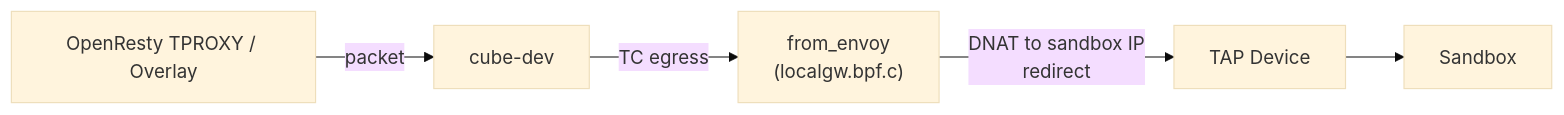
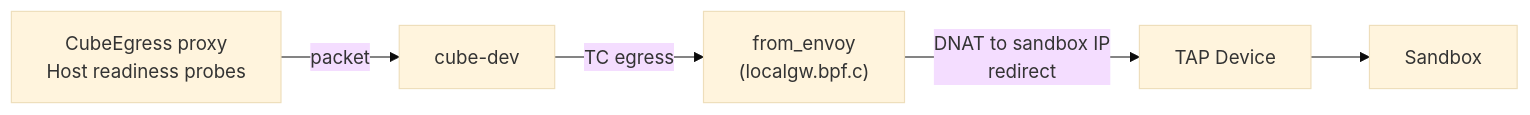
Before and after one commit to TencentCloud/CubeSandbox: the third of 4 diagrams in docs/architecture/network.md, drawn with Mermaid (base theme). The commit also changed other lines of this file and 1 other file, not shown here.

First line of the commit message:
docs(network): Revise CubeVS architecture doc to match current implementation

````diff
--- a/docs/architecture/network.md
+++ b/docs/architecture/network.md
@@ -108,7 +106,7 @@
 ```mermaid
 graph LR
-    A["OpenResty TPROXY / Overlay"] -->|packet| B["cube-dev"]
+    A["CubeEgress proxy<br/>Host readiness probes"] -->|packet| B["cube-dev"]
     B -->|TC egress| C["from_envoy<br/>(localgw.bpf.c)"]
     C -->|DNAT to sandbox IP<br/>redirect| D["TAP Device"]
     D --> E["Sandbox"]
 ```
````
